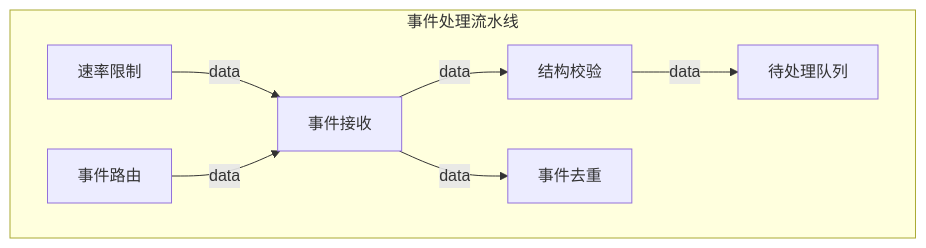
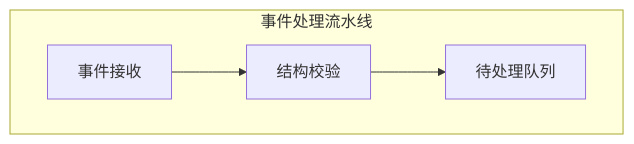
The diagram in docs/strategy-gallery.md (BladeDancer743/archiscope), drawn with Mermaid before and after one commit. The commit also changed other lines of this file and 26 other files, not shown here.

````diff
--- a/docs/strategy-gallery.md
+++ b/docs/strategy-gallery.md
@@ -36,16 +110,10 @@
 ```mermaid
 graph TD
   subgraph "事件处理流水线"
     receiver[事件接收]
     validator[结构校验]
-    throttle[速率限制]
     queue[待处理队列]
-    deduplicator[事件去重]
-    router[事件路由]
   end
-  receiver -->|data| validator
-  receiver -->|data| deduplicator
-  validator -->|data| queue
-  throttle -->|data| receiver
-  router -->|data| receiver
+  receiver --> validator
+  validator --> queue
 ```
````
